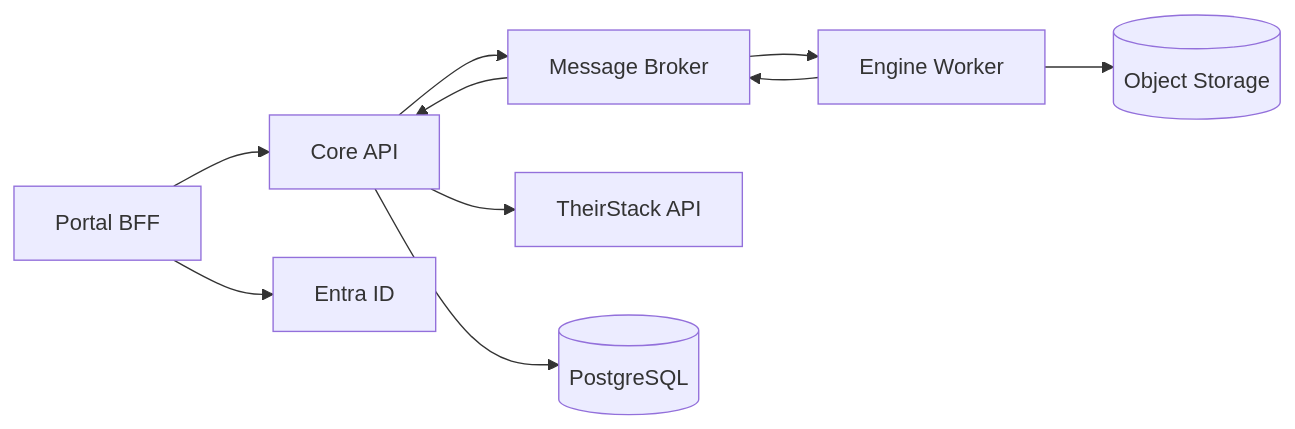
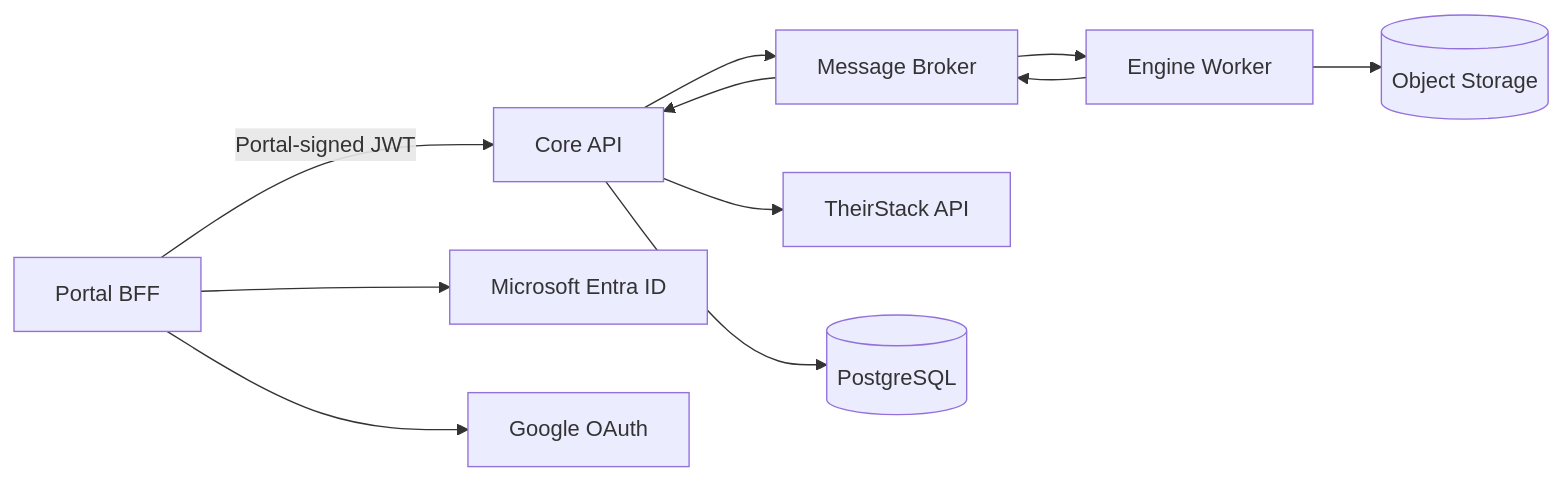
Before and after one commit to IXvlad-EU/Skillexa: the diagram in docs/diagrams/service-interaction.md, drawn with Mermaid. The commit also changed 62 other files, not shown here.

````diff
--- a/docs/diagrams/service-interaction.md
+++ b/docs/diagrams/service-interaction.md
@@ -1,22 +1,24 @@
 ```mermaid
 flowchart LR
 
     Portal[Portal BFF]
     Core[Core API]
     Engine[Engine Worker]
     Broker[Message Broker]
     Search[TheirStack API]
     Storage[(Object Storage)]
     Db[(PostgreSQL)]
-    Entra[Entra ID]
+    Microsoft[Microsoft Entra ID]
+    Google[Google OAuth]
 
-    Portal --> Entra
-    Portal --> Core
+    Portal --> Microsoft
+    Portal --> Google
+    Portal -->|Portal-signed JWT| Core
     Core --> Search
     Core --> Db
     Core --> Broker
     Broker --> Engine
     Engine --> Storage
     Engine --> Broker
     Broker --> Core
 ```
````
